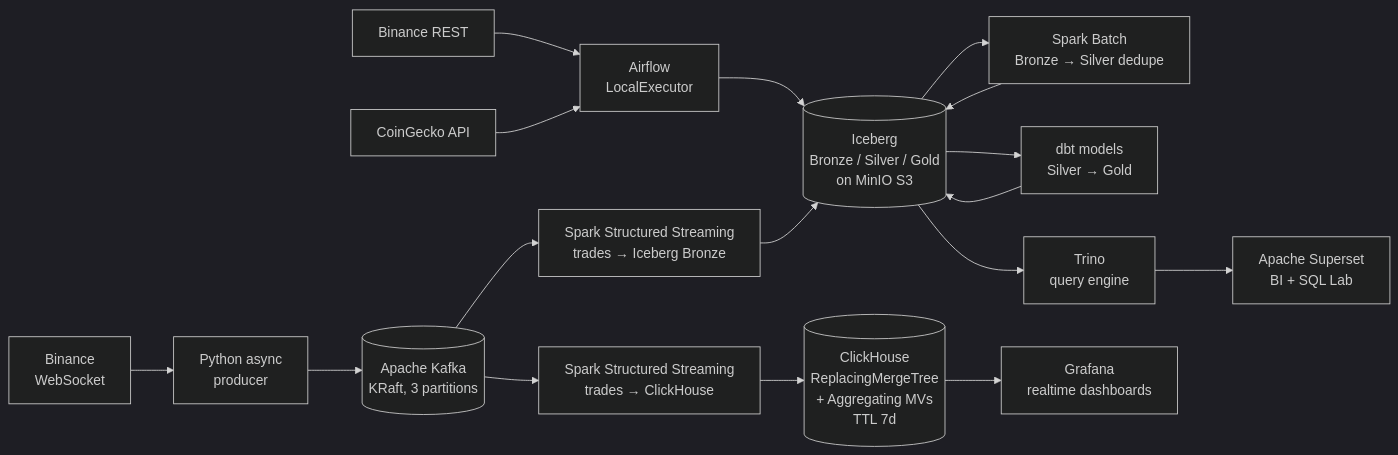
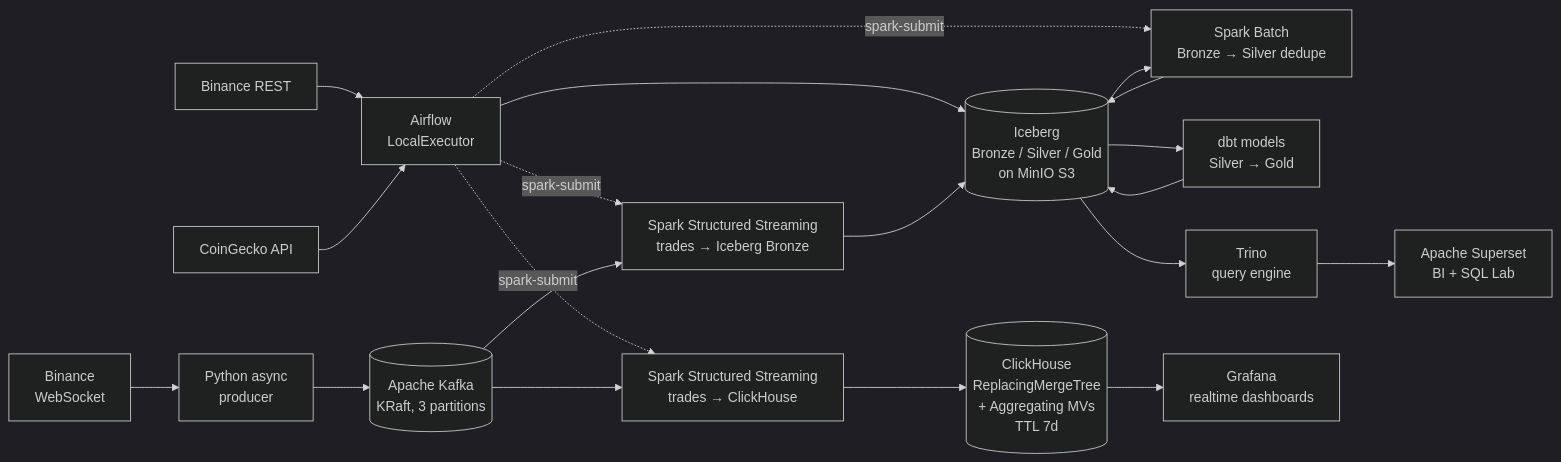
One commit to Gilight-Light/Crypto-analytics-platform changed the diagram in README.md. Above: the diagram before and after it, drawn with Mermaid (dark theme). The commit also changed other lines of this file and 7 other files, not shown here.

````diff
--- a/README.md
+++ b/README.md
@@ -21,36 +21,39 @@
 ```mermaid
 flowchart LR
     BWS[Binance<br/>WebSocket]
     BREST[Binance REST]
     CG[CoinGecko API]
 
     PROD[Python async<br/>producer]
     AF[Airflow<br/>LocalExecutor]
 
     K[(Apache Kafka<br/>KRaft, 3 partitions)]
 
     SS1[Spark Structured Streaming<br/>trades → ClickHouse]
     SS2[Spark Structured Streaming<br/>trades → Iceberg Bronze]
     SB[Spark Batch<br/>Bronze → Silver dedupe]
     DBT[dbt models<br/>Silver → Gold]
 
     CH[(ClickHouse<br/>ReplacingMergeTree<br/>+ Aggregating MVs<br/>TTL 7d)]
     ICE[(Iceberg<br/>Bronze / Silver / Gold<br/>on MinIO S3)]
 
     TRINO[Trino<br/>query engine]
     GRAF[Grafana<br/>realtime dashboards]
     SUP[Apache Superset<br/>BI + SQL Lab]
 
     BWS --> PROD --> K
     BREST --> AF
     CG --> AF
     AF --> ICE
+    AF -.spark-submit.-> SS1
+    AF -.spark-submit.-> SS2
+    AF -.spark-submit.-> SB
 
     K --> SS1 --> CH
     K --> SS2 --> ICE
     ICE --> SB --> ICE
     ICE --> DBT --> ICE
 
     CH --> GRAF
     ICE --> TRINO --> SUP
 ```
````
